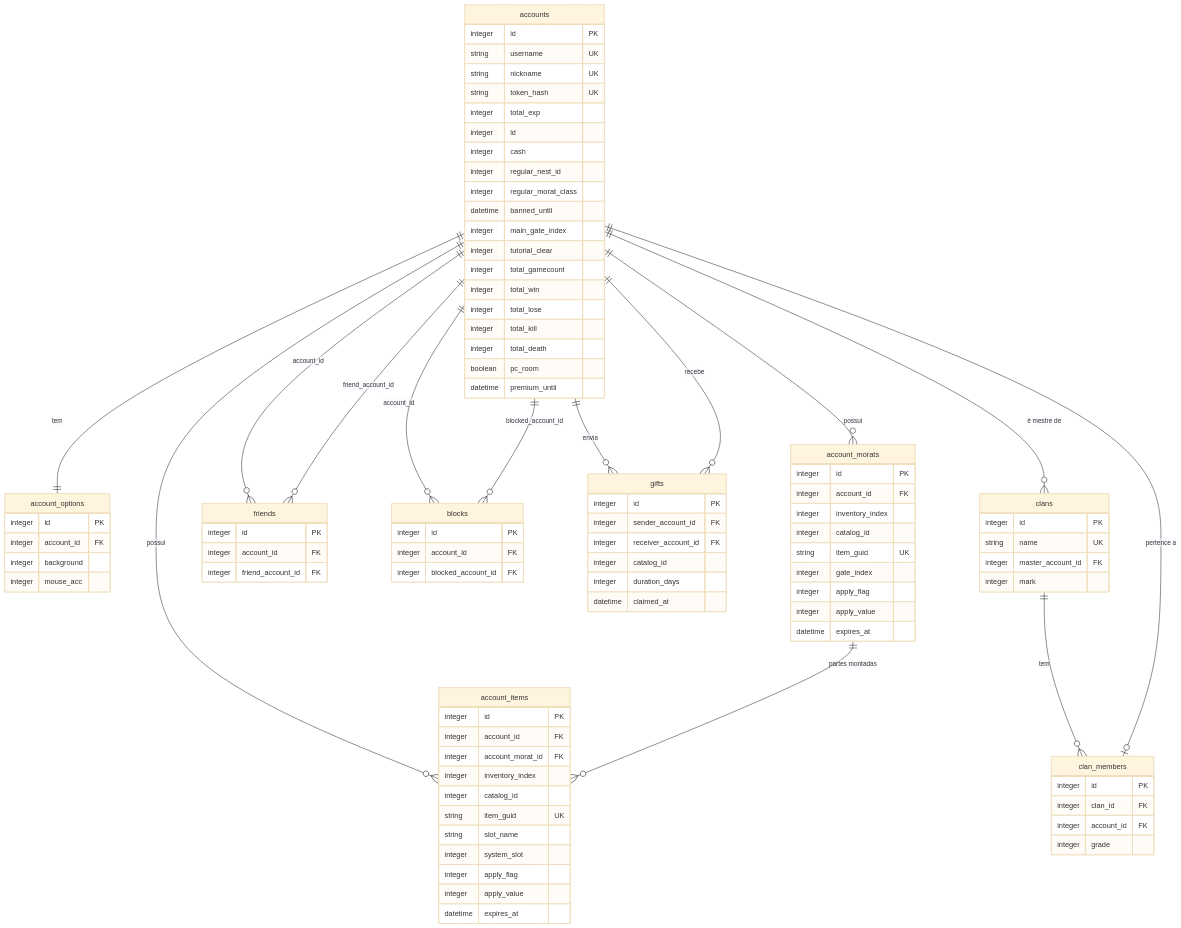
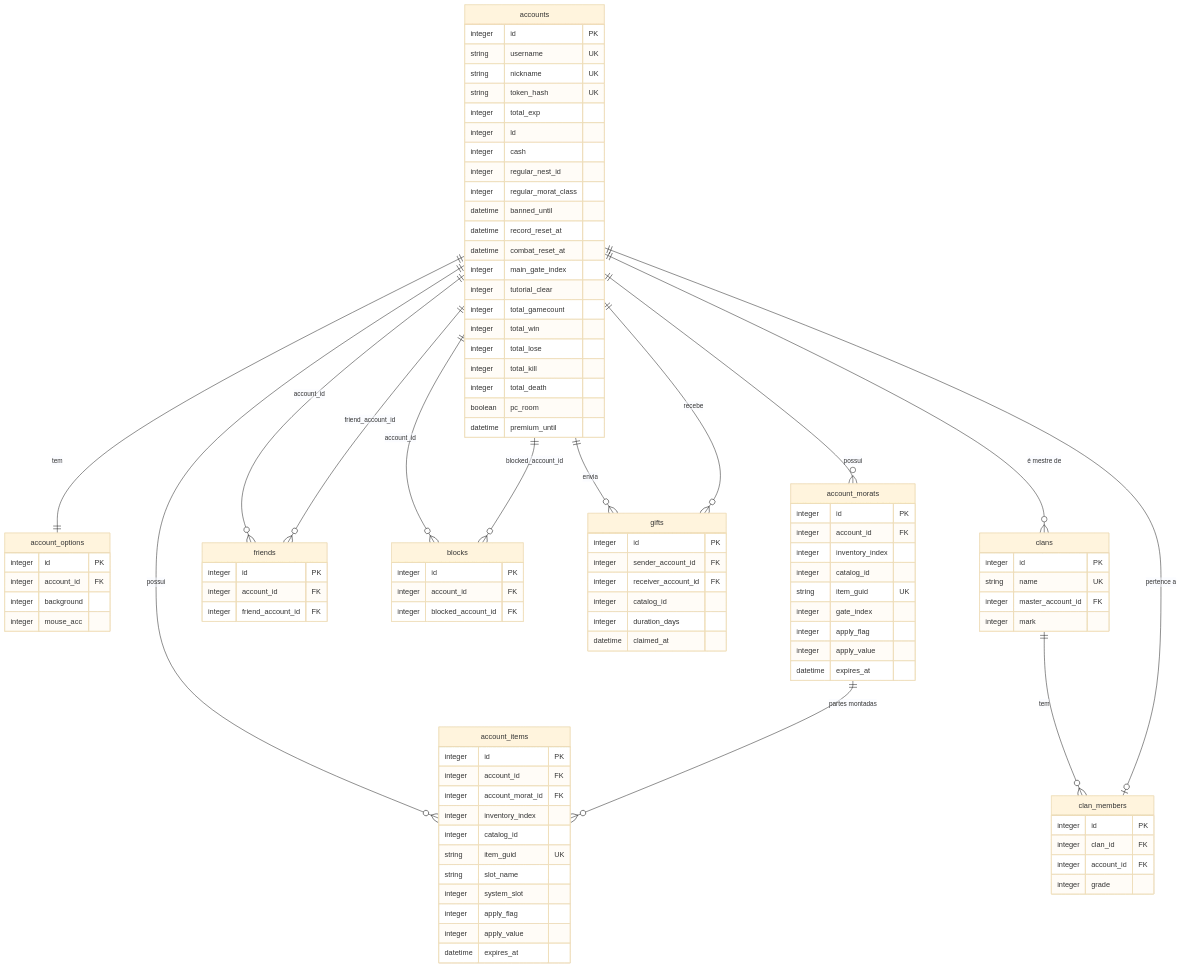
One commit to erycson/landmass-emulator changed the diagram in docs/architecture/07-progression.md. Above: the diagram before and after it, drawn with Mermaid (base theme). The commit also changed other lines of this file and 3 other files, not shown here.

```diff
--- a/docs/architecture/07-progression.md
+++ b/docs/architecture/07-progression.md
@@ -83,6 +83,8 @@
     integer regular_nest_id
     integer regular_morat_class
     datetime banned_until
+    datetime record_reset_at
+    datetime combat_reset_at
     integer main_gate_index
     integer tutorial_clear
     integer total_gamecount
```
